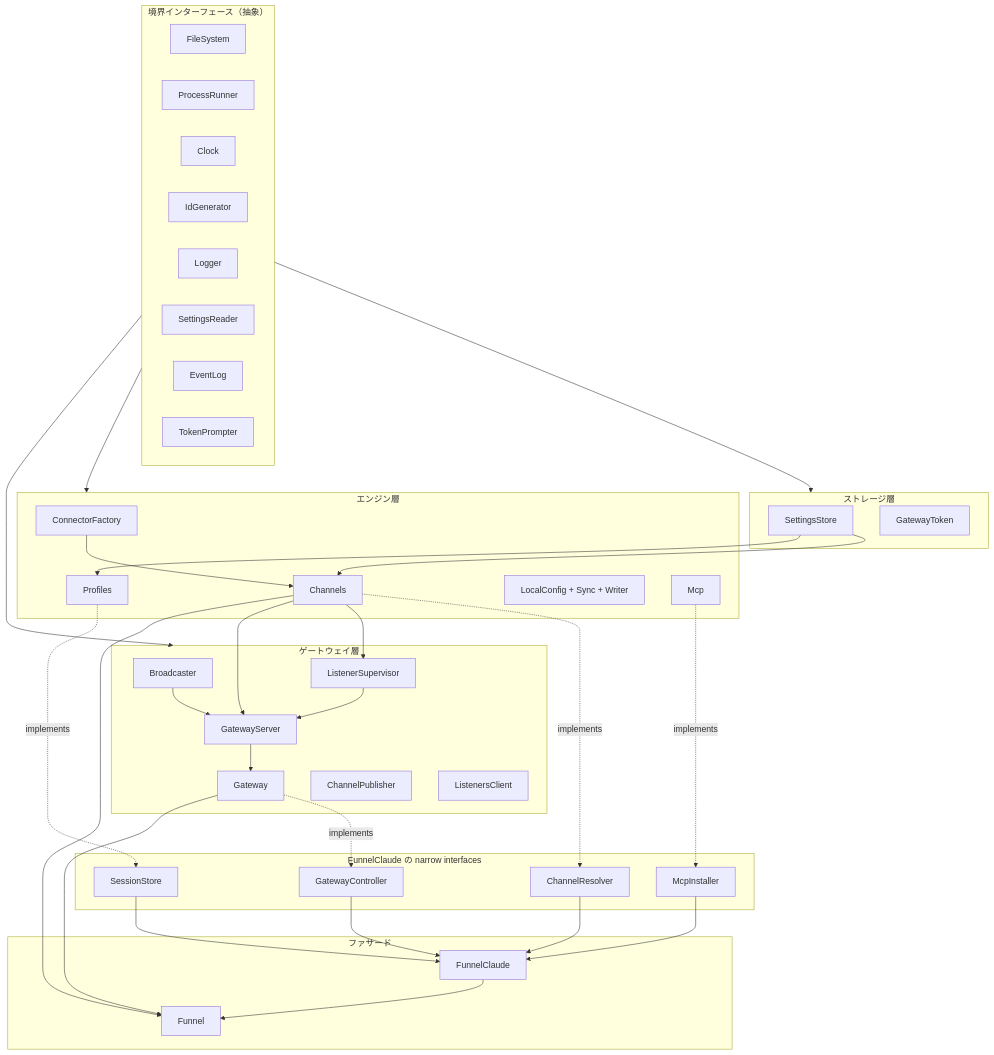
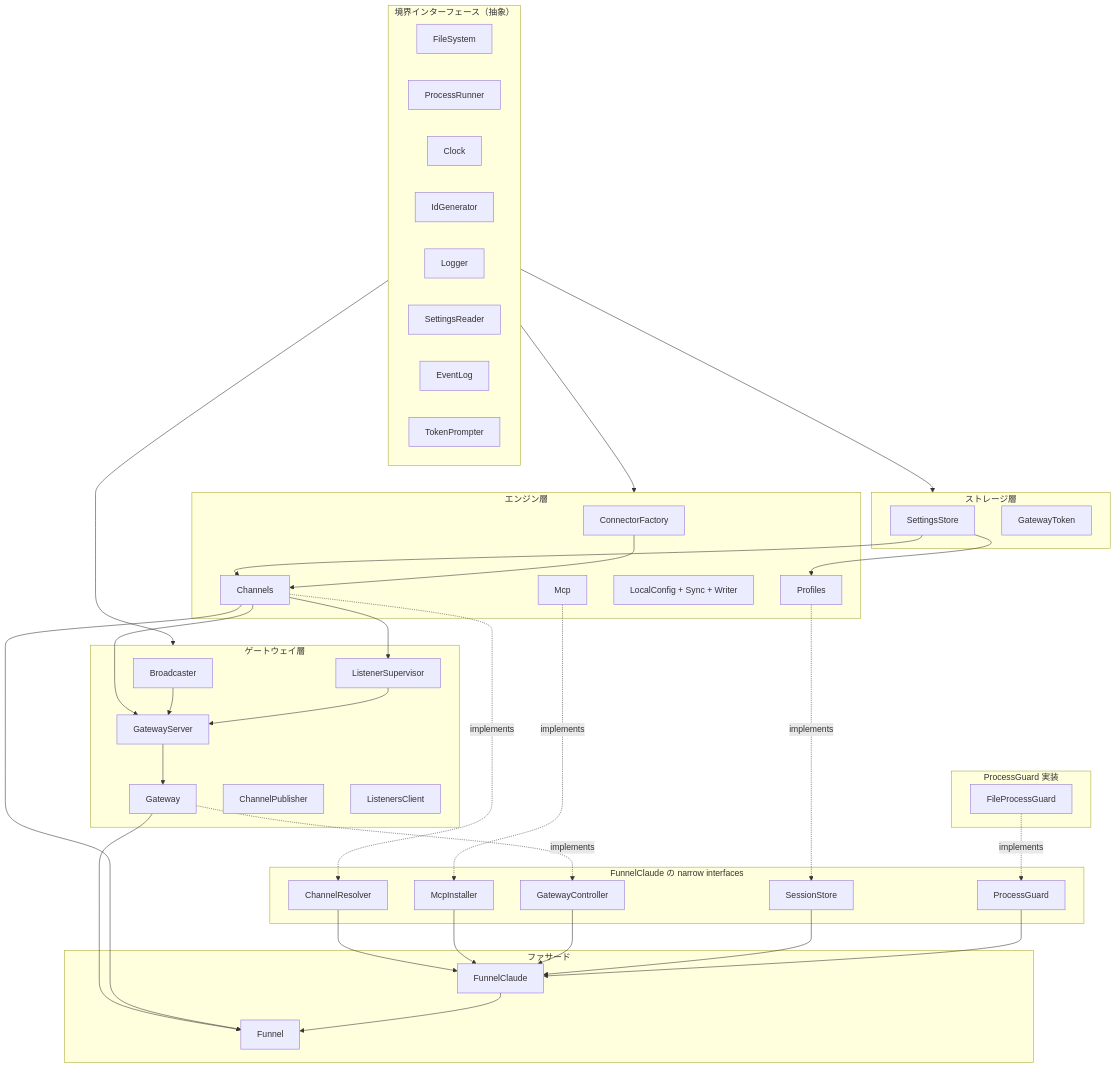
One commit to interactive-inc/open-claude-funnel changed the diagram in CLAUDE.md. Above: the diagram before and after it, drawn with Mermaid. The commit also changed other lines of this file, not shown here.

First line of the commit message:
docs(CLAUDE.md): update architecture map to reflect current design

````diff
--- a/CLAUDE.md
+++ b/CLAUDE.md
@@ -102,70 +102,77 @@
 ```mermaid
 graph TD
   subgraph boundaries["境界インターフェース（抽象）"]
     FS[FileSystem]
     PR[ProcessRunner]
     CL[Clock]
     IG[IdGenerator]
     LG[Logger]
     SR[SettingsReader]
     EL[EventLog]
     TP[TokenPrompter]
   end
 
   subgraph storage["ストレージ層"]
     SS[SettingsStore]
     GT[GatewayToken]
   end
 
   subgraph engine["エンジン層"]
     CF[ConnectorFactory]
     CH[Channels]
     PR2[Profiles]
     LC[LocalConfig + Sync + Writer]
     MC[Mcp]
   end
 
   subgraph gateway["ゲートウェイ層"]
     BC[Broadcaster]
     LS[ListenerSupervisor]
     GS[GatewayServer]
     GW[Gateway]
     CP[ChannelPublisher]
     LC2[ListenersClient]
   end
 
   subgraph facade["ファサード"]
     FN[Funnel]
     FC[FunnelClaude]
   end
 
   subgraph interfaces["FunnelClaude の narrow interfaces"]
     CR[ChannelResolver]
     MI[McpInstaller]
     GC[GatewayController]
     SS2[SessionStore]
+    PG[ProcessGuard]
+  end
+
+  subgraph guardimpl["ProcessGuard 実装"]
+    FPG[FileProcessGuard]
   end
 
   boundaries --> storage
   boundaries --> engine
   boundaries --> gateway
   SS --> CH
   SS --> PR2
   CF --> CH
   CH -.implements.-> CR
   MC -.implements.-> MI
   GW -.implements.-> GC
   PR2 -.implements.-> SS2
+  FPG -.implements.-> PG
   CR --> FC
   MI --> FC
   GC --> FC
   SS2 --> FC
+  PG --> FC
   CH --> LS
   CH --> GS
   BC --> GS
   LS --> GS
   GS --> GW
   GW --> FN
   CH --> FN
   FC --> FN
 ```
````
